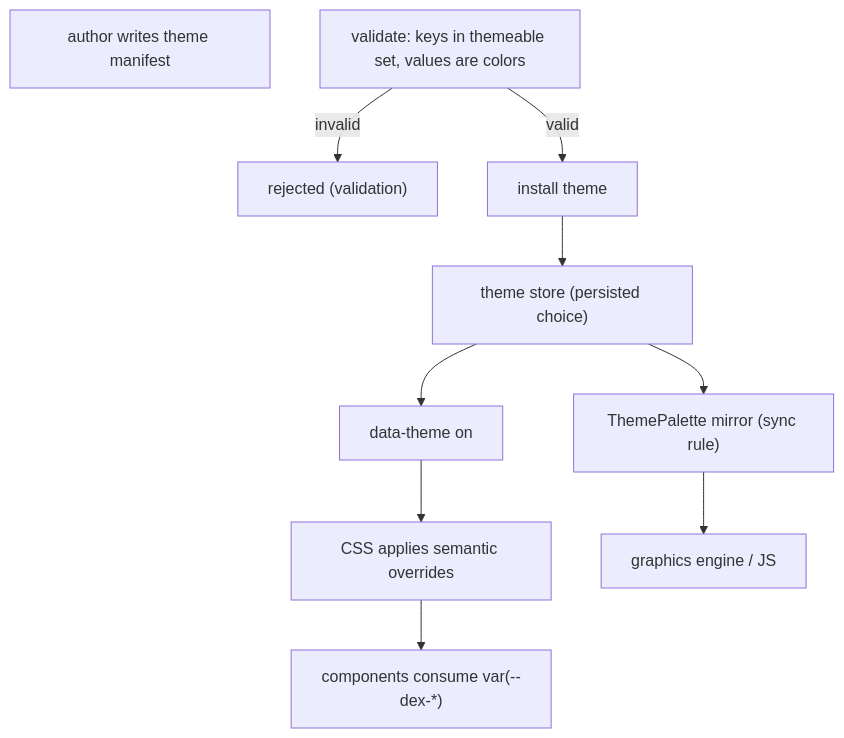
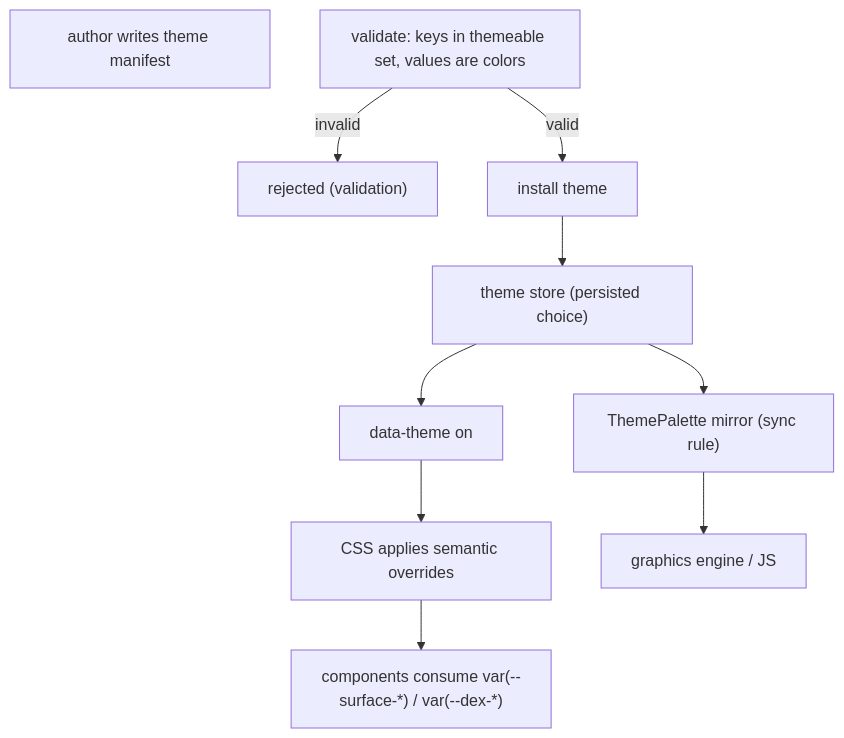
Before and after one commit to moughamir/dex: the third of 3 diagrams in docs/30-specs/Theme.md, drawn with Mermaid. The commit also changed other lines of this file and 36 other files, not shown here.

````diff
--- a/docs/30-specs/Theme.md
+++ b/docs/30-specs/Theme.md
@@ -200,13 +213,13 @@
 ```mermaid
 flowchart TD
     A["author writes theme manifest"]
     V["validate: keys in themeable set, values are colors"]
     V -->|invalid| REJ["rejected (validation)"]
     V -->|valid| I["install theme"]
     I --> S["theme store (persisted choice)"]
     S --> ATTR["data-theme on <html>"]
     ATTR --> CSS2["CSS applies semantic overrides"]
-    CSS2 --> UI["components consume var(--dex-*)"]
+    CSS2 --> UI["components consume var(--surface-*) / var(--dex-*)"]
     S --> PAL["ThemePalette mirror (sync rule)"]
     PAL --> G["graphics engine / JS"]
 ```
````
